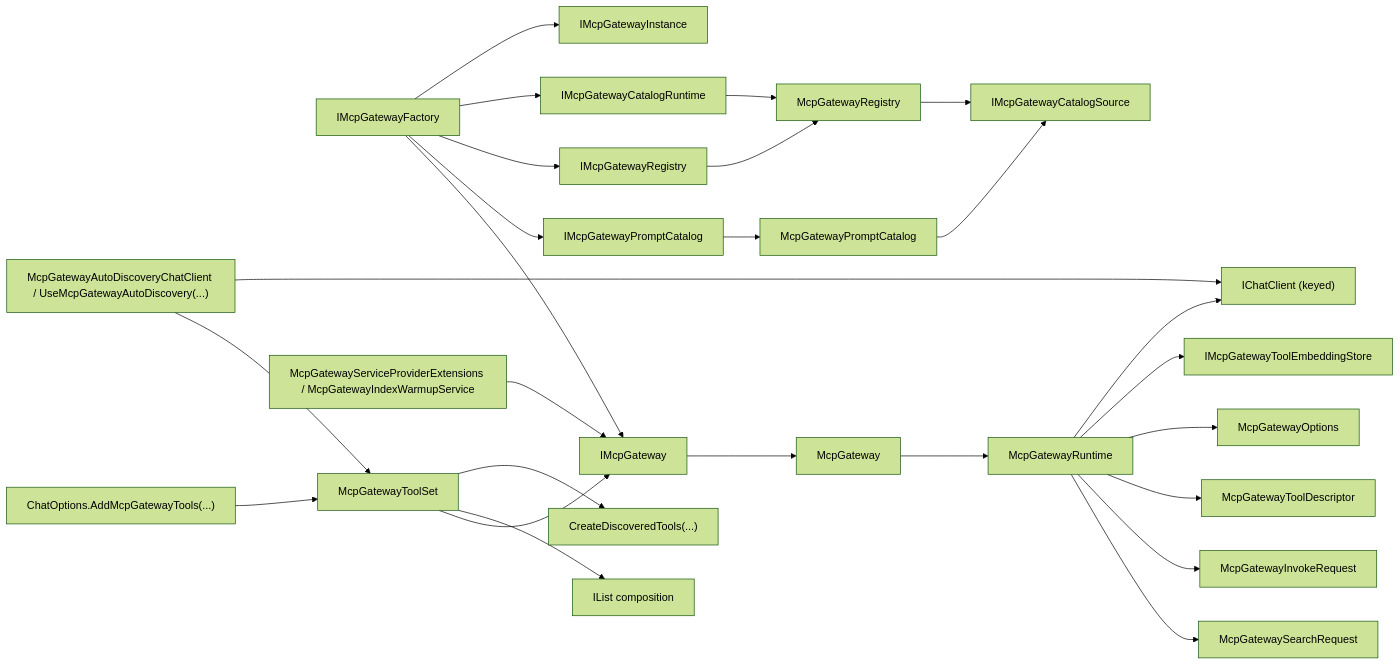
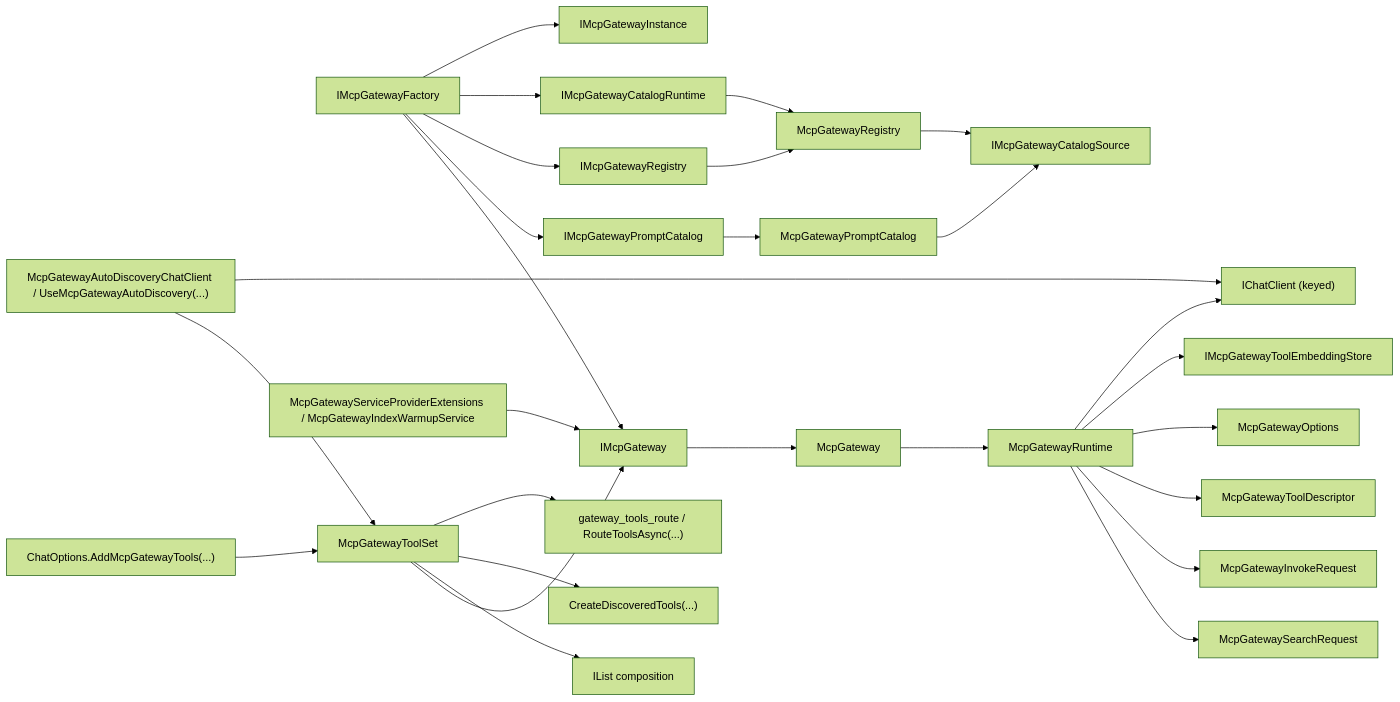
Before and after one commit to managedcode/MCPGateway: the third of 4 diagrams in docs/Architecture/Overview.md, drawn with Mermaid (forest theme). The commit also changed other lines of this file and 159 other files, not shown here.

````diff
--- a/docs/Architecture/Overview.md
+++ b/docs/Architecture/Overview.md
@@ -88,28 +90,29 @@
 ```mermaid
 flowchart LR
     IMcpGateway["IMcpGateway"] --> McpGateway["McpGateway"]
     IMcpGatewayRegistry["IMcpGatewayRegistry"] --> Registry["McpGatewayRegistry"]
     CatalogRuntime["IMcpGatewayCatalogRuntime"] --> Registry["McpGatewayRegistry"]
     PromptCatalog["IMcpGatewayPromptCatalog"] --> PromptCatalogImpl["McpGatewayPromptCatalog"]
     Factory["IMcpGatewayFactory"] --> IMcpGateway
     Factory --> PromptCatalog
     Factory --> IMcpGatewayRegistry
     Factory --> CatalogRuntime
     Factory --> Instance["IMcpGatewayInstance"]
     ToolSet["McpGatewayToolSet"] --> IMcpGateway
     ToolSet --> ToolList["IList<AITool> composition"]
     ToolSet --> DiscoveredTools["CreateDiscoveredTools(...)"]
+    ToolSet --> Route["gateway_tools_route / RouteToolsAsync(...)"]
     ChatOptions["ChatOptions.AddMcpGatewayTools(...)"] --> ToolSet
     AutoDiscovery["McpGatewayAutoDiscoveryChatClient / UseMcpGatewayAutoDiscovery(...)"] --> ToolSet
     AutoDiscovery --> ChatClient
     Warmup["McpGatewayServiceProviderExtensions / McpGatewayIndexWarmupService"] --> IMcpGateway
     McpGateway --> Runtime["McpGatewayRuntime"]
     Runtime --> SearchRequest["McpGatewaySearchRequest"]
     Runtime --> InvokeRequest["McpGatewayInvokeRequest"]
     Runtime --> Descriptor["McpGatewayToolDescriptor"]
     Runtime --> Options["McpGatewayOptions"]
     Runtime --> EmbeddingStore["IMcpGatewayToolEmbeddingStore"]
     Runtime --> ChatClient["IChatClient (keyed)"]
     Registry --> CatalogSource["IMcpGatewayCatalogSource"]
     PromptCatalogImpl --> CatalogSource
 ```
````
